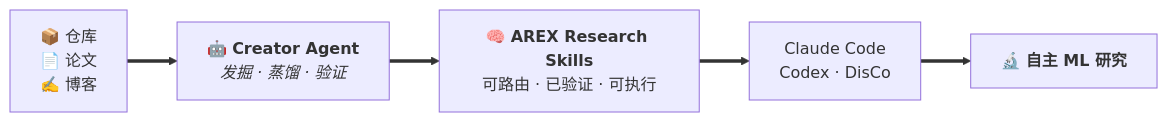
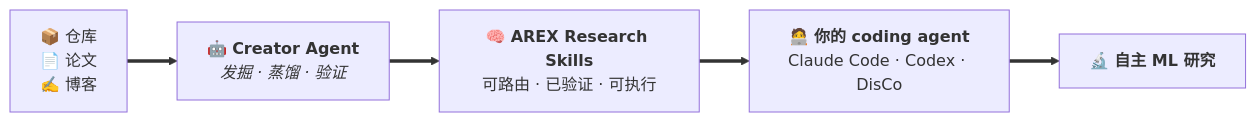
The first of 5 diagrams in README.zh-CN.md (Lolo1222/AREX-Skill), drawn with Mermaid before and after one commit. The commit also changed other lines of this file and 1 other file, not shown here.

First line of the commit message:
docs: first-screen value proposition, richer diagrams, unlink private report

````diff
--- a/README.zh-CN.md
+++ b/README.zh-CN.md
@@ -23,7 +23,7 @@
 ```mermaid
 flowchart LR
     A["📦 仓库<br>📄 论文<br>✍️ 博客"] ==> B["🤖 <b>Creator Agent</b><br><i>发掘 · 蒸馏 · 验证</i>"]
     B ==> C["🧠 <b>AREX Research Skills</b><br>可路由 · 已验证 · 可执行"]
-    C ==> D["Claude Code<br>Codex · DisCo"]
+    C ==> D["🧑‍💻 <b>你的 coding agent</b><br>Claude Code · Codex · DisCo"]
     D ==> E["🔬 <b>自主 ML 研究</b>"]
 ```
````
